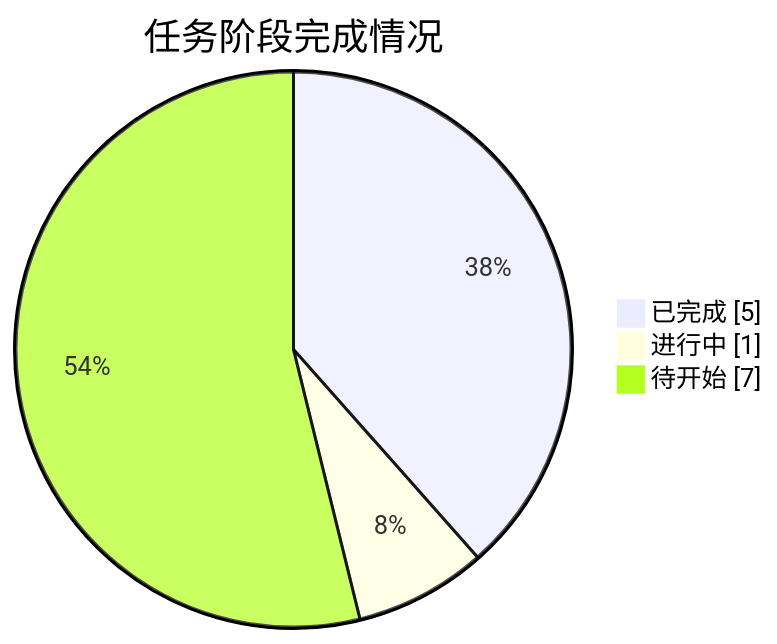
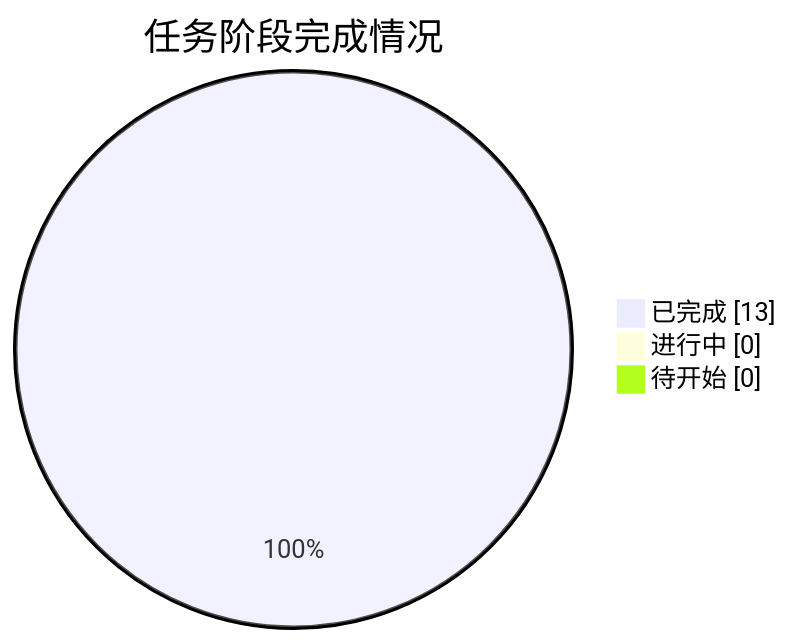
The diagram in README.md (J-met77/AAW-mathorcup-2025-B-1), drawn with Mermaid before and after one commit. The commit also changed other lines of this file and 41 other files, not shown here.

````diff
--- a/README.md
+++ b/README.md
@@ -27,7 +27,7 @@
 ```mermaid
 pie showData
     title 任务阶段完成情况
-    "已完成" : 5
-    "进行中" : 1
-    "待开始" : 7
+    "已完成" : 13
+    "进行中" : 0
+    "待开始" : 0
 ```
````
